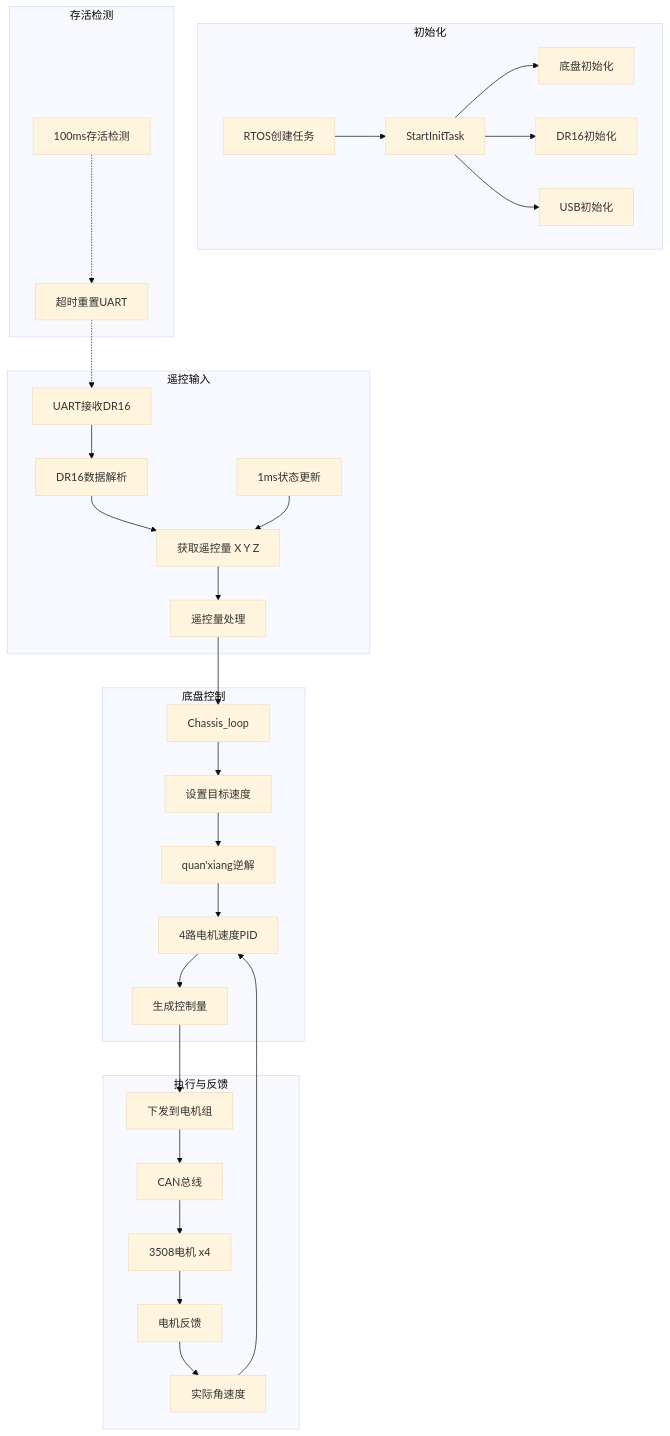
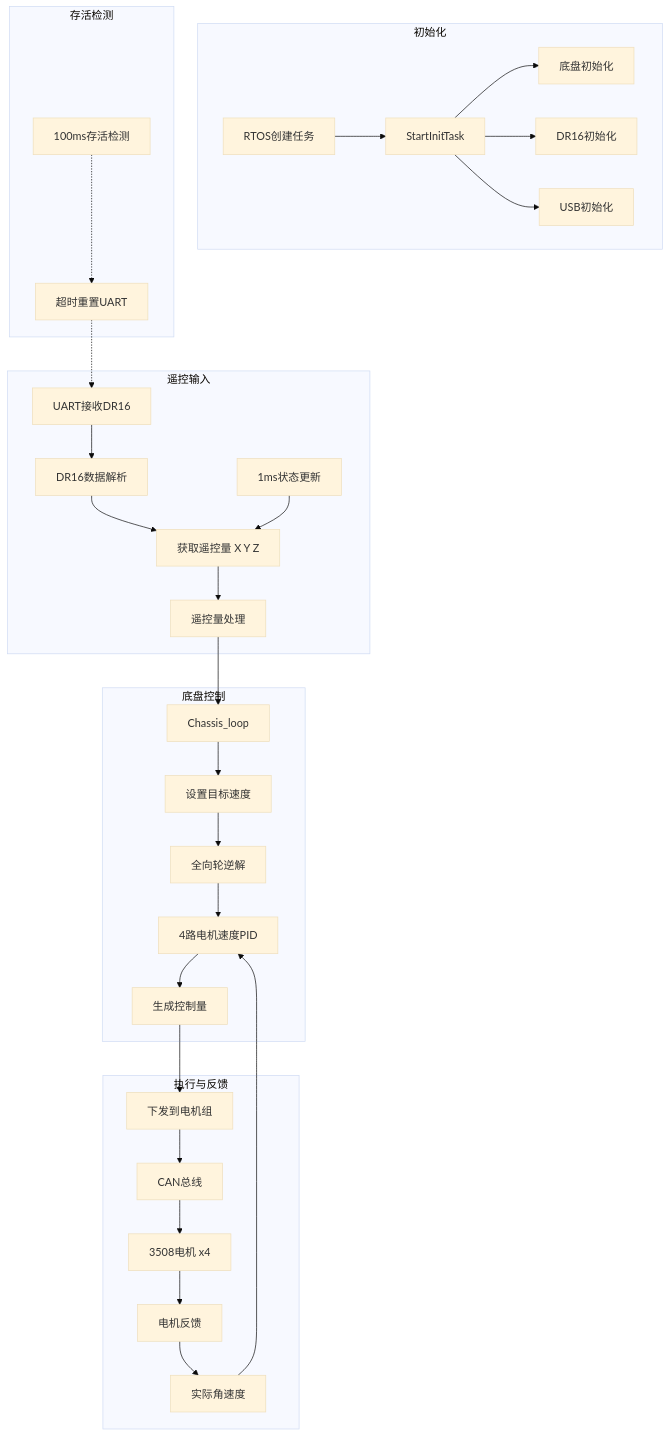
The diagram in README.md (yxn186/STM32_Chassis_Project), drawn with Mermaid (base theme) before and after one commit. The commit also changed other lines of this file, not shown here.

````diff
--- a/README.md
+++ b/README.md
@@ -7,63 +7,63 @@
 ```mermaid
 
 flowchart TD
 
     subgraph Init[初始化]
         A[RTOS创建任务]
         B[StartInitTask]
         C[底盘初始化]
         D[DR16初始化]
         E[USB初始化]
         A --> B
         B --> C
         B --> D
         B --> E
     end
 
     subgraph Input[遥控输入]
         F[UART接收DR16]
         G[DR16数据解析]
         H[1ms状态更新]
         I[获取遥控量 X Y Z]
         J[遥控量处理]
         F --> G
         G --> I
         H --> I
         I --> J
     end
 
     subgraph Control[底盘控制]
         K[Chassis_loop]
         L[设置目标速度]
-        M[quan'xiang逆解]
+        M[全向轮逆解]
         N[4路电机速度PID]
         O[生成控制量]
         J --> K
         K --> L
         L --> M
         M --> N
         N --> O
     end
 
     subgraph Motor[执行与反馈]
         P[下发到电机组]
         Q[CAN总线]
         R[3508电机 x4]
         S[电机反馈]
         T[实际角速度]
         O --> P
         P --> Q
         Q --> R
         R --> S
         S --> T
         T --> N
     end
 
     subgraph Safety[存活检测]
         U[100ms存活检测]
         V[超时重置UART]
         U -.-> V
         V -.-> F
     end
 
 ```
````
